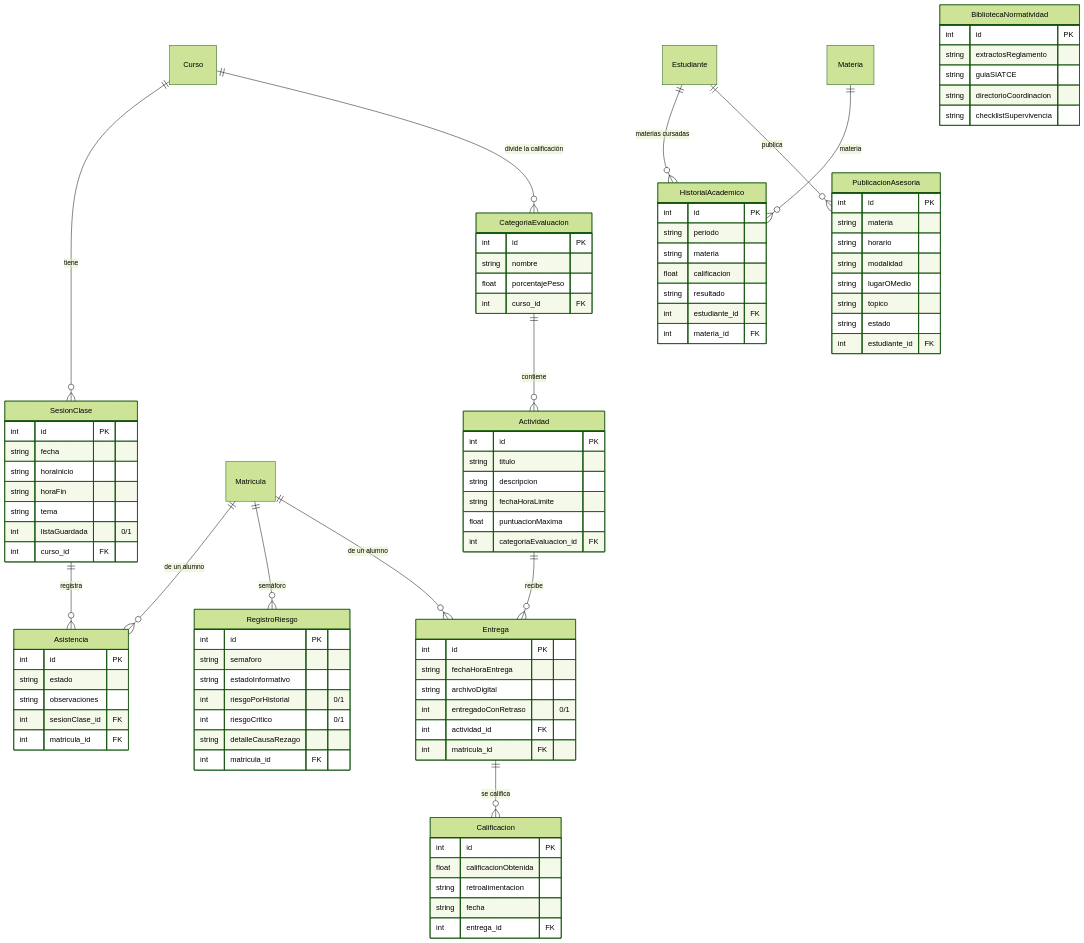
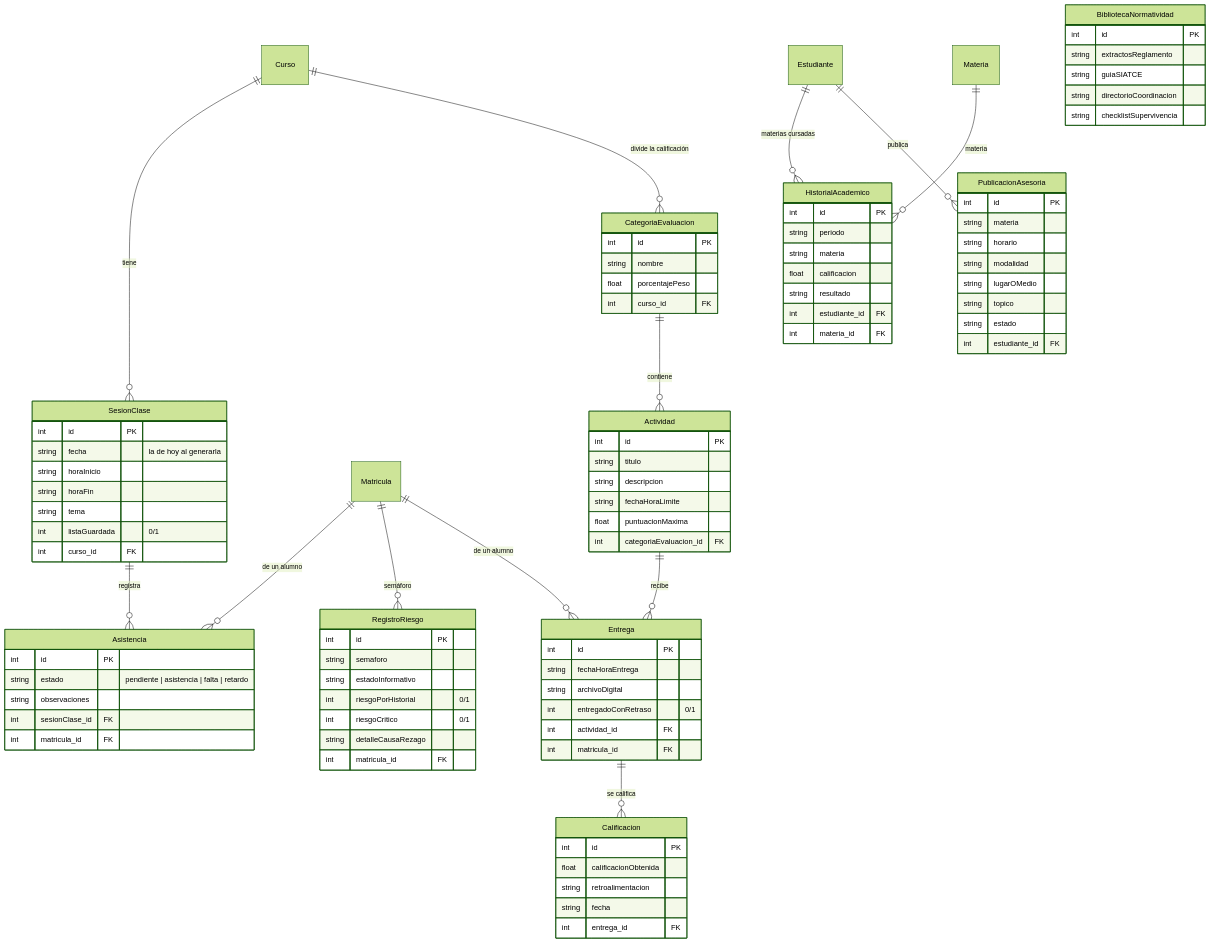
Before and after one commit to Huitrado/SEPA: the second of 4 diagrams in docs/backend/03-base-de-datos.md, drawn with Mermaid (forest theme). The commit also changed other lines of this file and 9 other files, not shown here.

```diff
--- a/docs/backend/03-base-de-datos.md
+++ b/docs/backend/03-base-de-datos.md
@@ -164,7 +164,7 @@
 
     SesionClase {
         int id PK
-        string fecha
+        string fecha "la de hoy al generarla"
         string horaInicio
         string horaFin
         string tema
@@ -173,7 +173,7 @@
     }
     Asistencia {
         int id PK
-        string estado
+        string estado "pendiente | asistencia | falta | retardo"
         string observaciones
         int sesionClase_id FK
         int matricula_id FK
```
